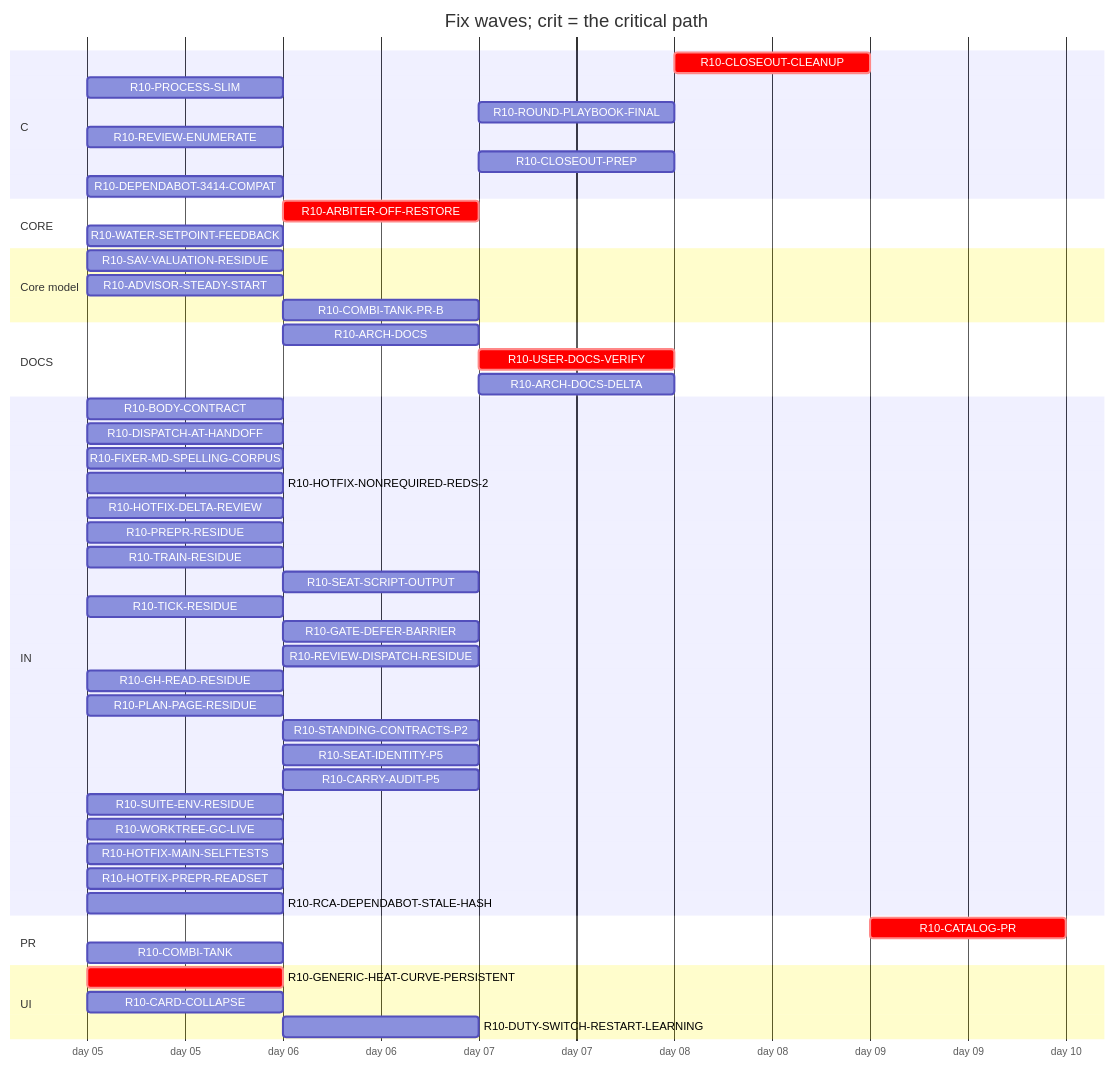
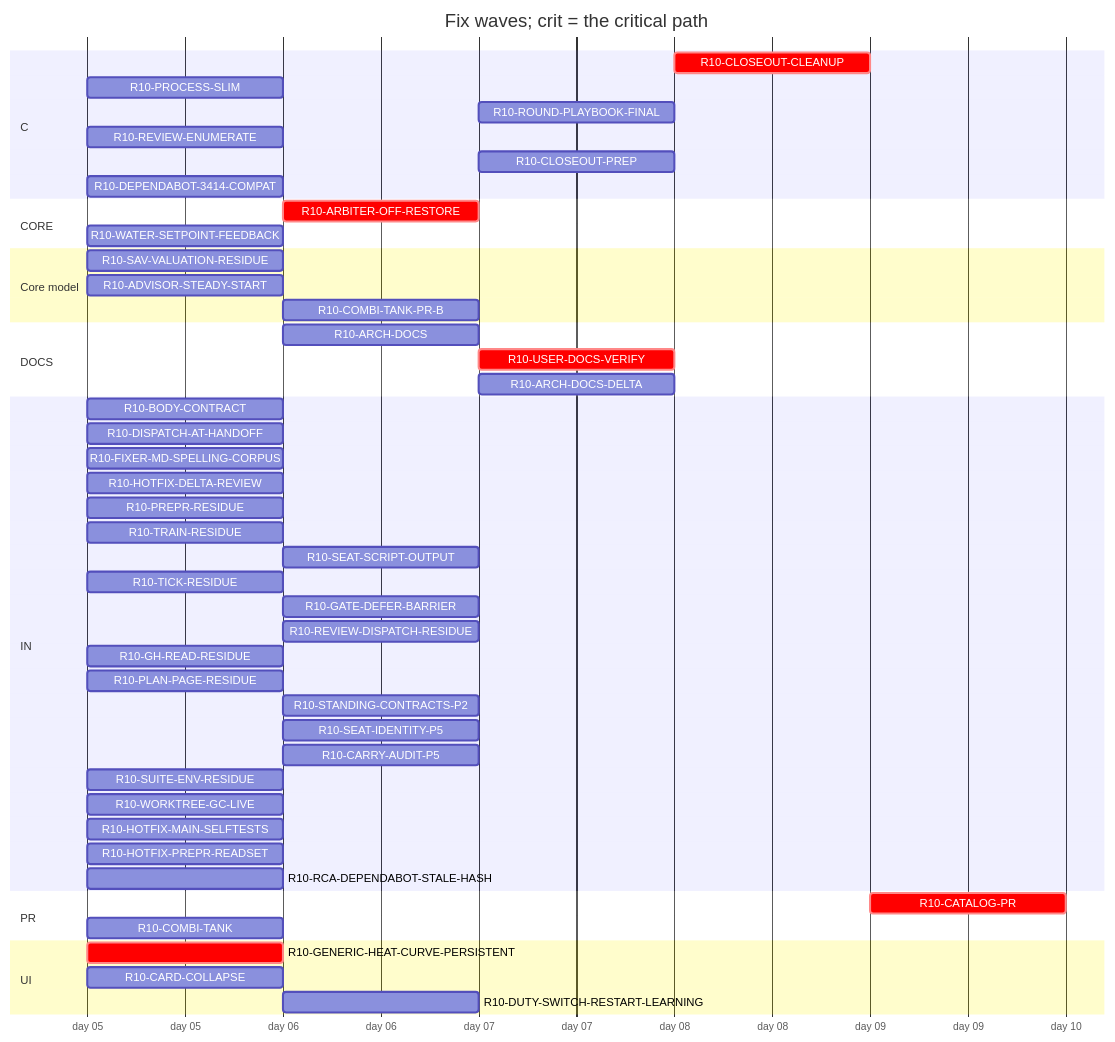
One commit to tvofi/heatpump_optimizer changed the diagram in handoff/round10/state/PLAN-TABLE.md. Above: the diagram before and after it, drawn with Mermaid. The commit also changed other lines of this file and 3 other files, not shown here.

Commit message:
state: FLOW-BOARD.md, NEXT-SESSION-PROMPT.md, PLAN-TABLE.md, RESUME-CURRENT.md regenerated (state_docs.py)

````diff
--- a/handoff/round10/state/PLAN-TABLE.md
+++ b/handoff/round10/state/PLAN-TABLE.md
@@ -20,53 +20,52 @@
 ```mermaid
 gantt
   title Fix waves; crit = the critical path
   dateFormat YYYY-MM-DD
   axisFormat day %d
   section C
     R10-CLOSEOUT-CLEANUP :crit, r10CLOSEOUTCLEANUP, after r10ARCHDOCS r10USERDOCSVERIFY r10ROUNDPLAYBOOKFINAL r10CLOSEOUTPREP r10ARCHDOCSDELTA, 1d
     R10-PROCESS-SLIM :r10PROCESSSLIM, 2026-01-05, 1d
     R10-ROUND-PLAYBOOK-FINAL :r10ROUNDPLAYBOOKFINAL, after r10DISPATCHATHANDOFF r10BODYCONTRACT r10PROCESSSLIM r10FIXERMDSPELLINGCORPUS r10PREPRRESIDUE r10SEATSCRIPTOUTPUT r10REVIEWDISPATCHRESIDUE r10CARRYAUDITP5 r10TICKRESIDUE r10SEATIDENTITYP5 r10STANDINGCONTRACTSP2 r10PLANPAGERESIDUE r10TRAINRESIDUE r10GHREADRESIDUE r10SUITEENVRESIDUE r10GATEDEFERBARRIER r10WORKTREEGCLIVE, 1d
     R10-REVIEW-ENUMERATE :r10REVIEWENUMERATE, 2026-01-05, 1d
     R10-CLOSEOUT-PREP :r10CLOSEOUTPREP, after r10ARCHDOCS r10DISPATCHATHANDOFF r10BODYCONTRACT r10PROCESSSLIM r10FIXERMDSPELLINGCORPUS r10PREPRRESIDUE r10SEATSCRIPTOUTPUT r10REVIEWDISPATCHRESIDUE r10CARRYAUDITP5 r10TICKRESIDUE r10SEATIDENTITYP5 r10STANDINGCONTRACTSP2 r10PLANPAGERESIDUE r10TRAINRESIDUE r10GHREADRESIDUE r10SUITEENVRESIDUE r10GATEDEFERBARRIER r10WORKTREEGCLIVE, 1d
     R10-DEPENDABOT-3414-COMPAT :r10DEPENDABOT3414COMPAT, 2026-01-05, 1d
   section CORE
     R10-ARBITER-OFF-RESTORE :crit, r10ARBITEROFFRESTORE, after r10GENERICHEATCURVEPERSISTENT r10WATERSETPOINTFEEDBACK, 1d
     R10-WATER-SETPOINT-FEEDBACK :r10WATERSETPOINTFEEDBACK, 2026-01-05, 1d
   section Core model
     R10-SAV-VALUATION-RESIDUE :r10SAVVALUATIONRESIDUE, 2026-01-05, 1d
     R10-ADVISOR-STEADY-START :r10ADVISORSTEADYSTART, 2026-01-05, 1d
     R10-COMBI-TANK-PR-B :r10COMBITANKPRB, after r10COMBITANK, 1d
   section DOCS
     R10-ARCH-DOCS :r10ARCHDOCS, after r10DISPATCHATHANDOFF r10BODYCONTRACT r10PROCESSSLIM, 1d
     R10-USER-DOCS-VERIFY :crit, r10USERDOCSVERIFY, after r10GENERICHEATCURVEPERSISTENT r10ARBITEROFFRESTORE r10COMBITANK, 1d
     R10-ARCH-DOCS-DELTA :r10ARCHDOCSDELTA, after r10ARCHDOCS r10GENERICHEATCURVEPERSISTENT r10ARBITEROFFRESTORE r10COMBITANK r10SAVVALUATIONRESIDUE r10ADVISORSTEADYSTART r10COMBITANKPRB, 1d
   section IN
     R10-BODY-CONTRACT :r10BODYCONTRACT, 2026-01-05, 1d
     R10-DISPATCH-AT-HANDOFF :r10DISPATCHATHANDOFF, 2026-01-05, 1d
     R10-FIXER-MD-SPELLING-CORPUS :r10FIXERMDSPELLINGCORPUS, 2026-01-05, 1d
-    R10-HOTFIX-NONREQUIRED-REDS-2 :r10HOTFIXNONREQUIREDREDS2, 2026-01-05, 1d
     R10-HOTFIX-DELTA-REVIEW :r10HOTFIXDELTAREVIEW, 2026-01-05, 1d
     R10-PREPR-RESIDUE :r10PREPRRESIDUE, 2026-01-05, 1d
     R10-TRAIN-RESIDUE :r10TRAINRESIDUE, 2026-01-05, 1d
     R10-SEAT-SCRIPT-OUTPUT :r10SEATSCRIPTOUTPUT, after r10TRAINRESIDUE, 1d
     R10-TICK-RESIDUE :r10TICKRESIDUE, 2026-01-05, 1d
     R10-GATE-DEFER-BARRIER :r10GATEDEFERBARRIER, after r10TRAINRESIDUE r10TICKRESIDUE, 1d
     R10-REVIEW-DISPATCH-RESIDUE :r10REVIEWDISPATCHRESIDUE, after r10DISPATCHATHANDOFF r10REVIEWENUMERATE r10HOTFIXDELTAREVIEW r10PROCESSSLIM, 1d
     R10-GH-READ-RESIDUE :r10GHREADRESIDUE, 2026-01-05, 1d
     R10-PLAN-PAGE-RESIDUE :r10PLANPAGERESIDUE, 2026-01-05, 1d
     R10-STANDING-CONTRACTS-P2 :r10STANDINGCONTRACTSP2, after r10FIXERMDSPELLINGCORPUS, 1d
     R10-SEAT-IDENTITY-P5 :r10SEATIDENTITYP5, after r10TICKRESIDUE, 1d
     R10-CARRY-AUDIT-P5 :r10CARRYAUDITP5, after r10BODYCONTRACT, 1d
     R10-SUITE-ENV-RESIDUE :r10SUITEENVRESIDUE, 2026-01-05, 1d
     R10-WORKTREE-GC-LIVE :r10WORKTREEGCLIVE, 2026-01-05, 1d
     R10-HOTFIX-MAIN-SELFTESTS :r10HOTFIXMAINSELFTESTS, 2026-01-05, 1d
     R10-HOTFIX-PREPR-READSET :r10HOTFIXPREPRREADSET, 2026-01-05, 1d
     R10-RCA-DEPENDABOT-STALE-HASH :r10RCADEPENDABOTSTALEHASH, 2026-01-05, 1d
   section PR
     R10-CATALOG-PR :crit, r10CATALOGPR, after r10USERDOCSVERIFY r10ARCHDOCS r10ROUNDPLAYBOOKFINAL r10CLOSEOUTCLEANUP r10CLOSEOUTPREP r10ARCHDOCSDELTA, 1d
     R10-COMBI-TANK :r10COMBITANK, 2026-01-05, 1d
   section UI
     R10-GENERIC-HEAT-CURVE-PERSISTENT :crit, r10GENERICHEATCURVEPERSISTENT, 2026-01-05, 1d
     R10-CARD-COLLAPSE :r10CARDCOLLAPSE, 2026-01-05, 1d
     R10-DUTY-SWITCH-RESTART-LEARNING :r10DUTYSWITCHRESTARTLEARNING, after r10WATERSETPOINTFEEDBACK, 1d
 ```
````
